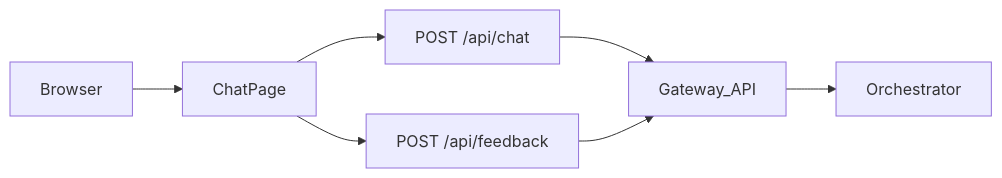
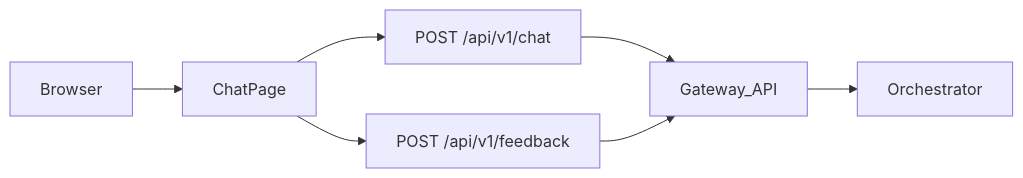
Before and after one commit to taixingbi/layer-web-v1: the diagram in README.md, drawn with Mermaid. The commit also changed other lines of this file and 30 other files, not shown here.

````diff
--- a/README.md
+++ b/README.md
@@ -12,15 +12,15 @@
 ```mermaid
 flowchart LR
   browser[Browser]
   chatPage[ChatPage]
-  nextChat[POST /api/chat]
-  nextFb[POST /api/feedback]
+  nextChat[POST /api/v1/chat]
+  nextFb[POST /api/v1/feedback]
   gateway[Gateway_API]
   orch[Orchestrator]
   browser --> chatPage
   chatPage --> nextChat
   chatPage --> nextFb
   nextChat --> gateway
   nextFb --> gateway
   gateway --> orch
 ```
````
